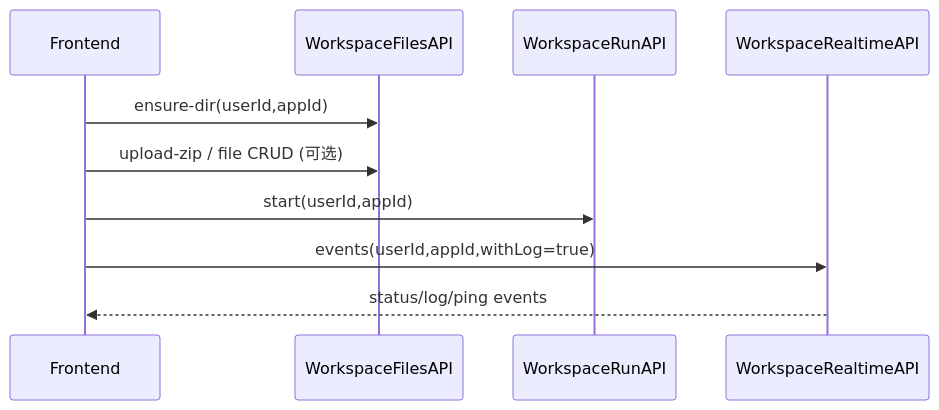
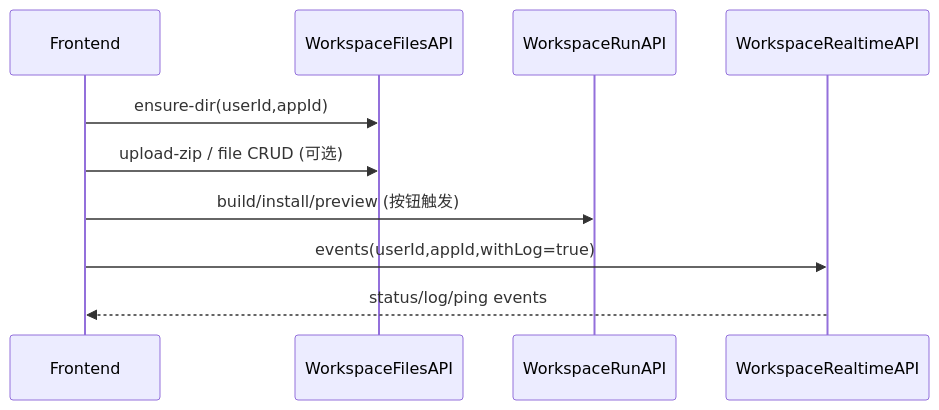
Before and after one commit to ruiAndroid/fun-ai-studio-api: the diagram in src/main/resources/doc/domains/workspace/README.md, drawn with Mermaid. The commit also changed 8 other files, not shown here.

````diff
--- a/src/main/resources/doc/domains/workspace/README.md
+++ b/src/main/resources/doc/domains/workspace/README.md
@@ -38,13 +38,13 @@
 ```mermaid
 sequenceDiagram
 participant FE as Frontend
 participant WSFiles as WorkspaceFilesAPI
 participant WSRun as WorkspaceRunAPI
 participant SSE as WorkspaceRealtimeAPI
 
 FE->>WSFiles: ensure-dir(userId,appId)
 FE->>WSFiles: upload-zip / file CRUD (可选)
-FE->>WSRun: start(userId,appId)
+FE->>WSRun: build/install/preview (按钮触发)
 FE->>SSE: events(userId,appId,withLog=true)
 SSE-->>FE: status/log/ping events
 ```
````
